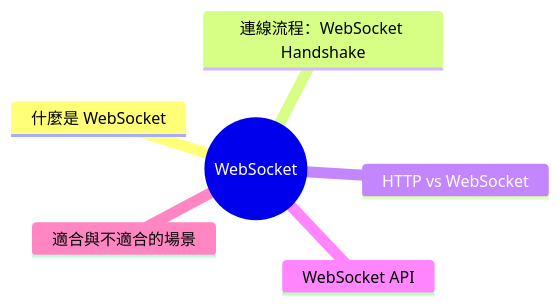
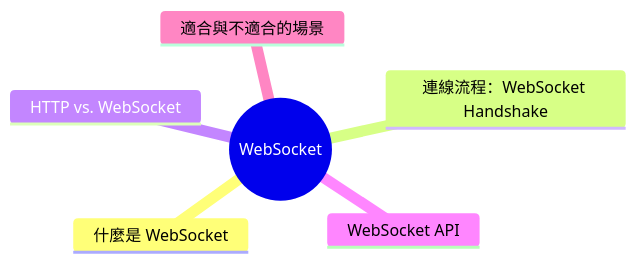
The first of 2 diagrams in src/posts/zh-TW/web-websocket.mdx (Charmying/blog), drawn with Mermaid before and after one commit. The commit also changed other lines of this file and 40 other files, not shown here.

````diff
--- a/src/posts/zh-TW/web-websocket.mdx
+++ b/src/posts/zh-TW/web-websocket.mdx
@@ -14,9 +14,9 @@
 ```mermaid
 mindmap
   	root((WebSocket))
     	什麼是 WebSocket
     	連線流程：WebSocket Handshake
-    	HTTP vs WebSocket
+    	HTTP vs. WebSocket
     	WebSocket API
     	適合與不適合的場景
 ```
````
